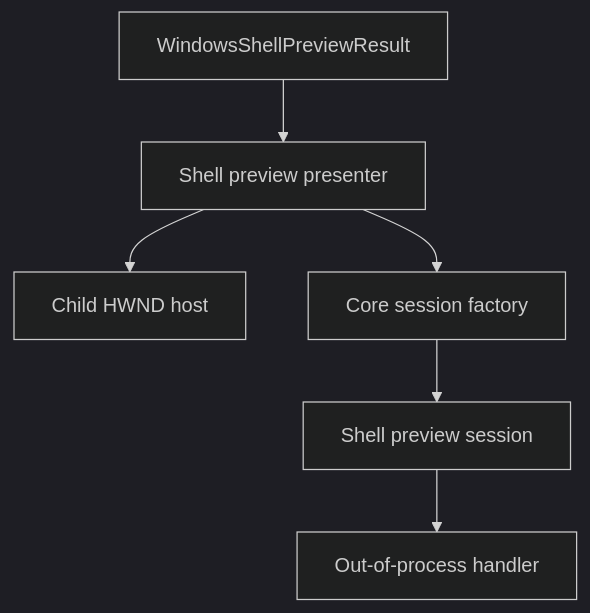
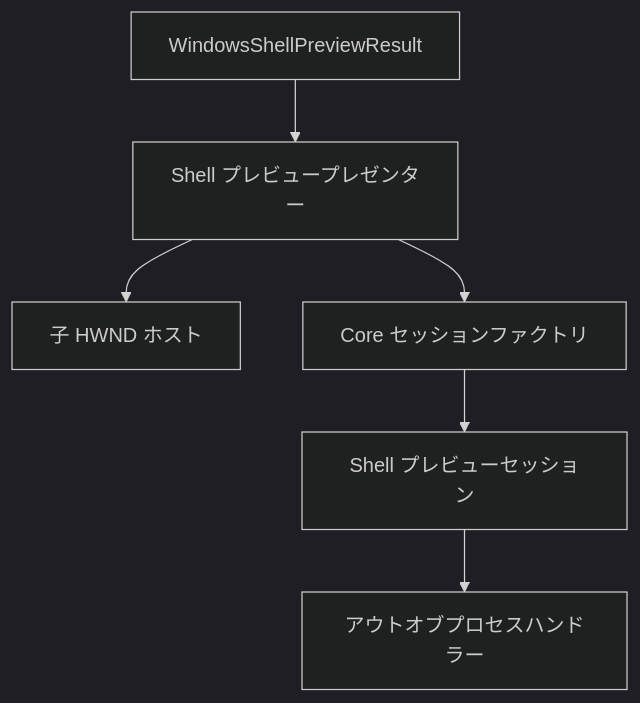
One commit to 0x5bfa/Files changed the seventh of 8 diagrams in docs/architecture/files-app.md. Above: the diagram before and after it, drawn with Mermaid (dark theme). The commit also changed other lines of this file and 18 other files, not shown here.

Commit message:
Translate architecture docs to Japanese

````diff
--- a/docs/architecture/files-app.md
+++ b/docs/architecture/files-app.md
@@ -531,15 +486,15 @@
 ```mermaid
 flowchart TD
     Snapshot["WindowsShellPreviewResult"]
-    Presenter["Shell preview presenter"]
-    Host["Child HWND host"]
-    Factory["Core session factory"]
-    Session["Shell preview session"]
-    Handler["Out-of-process handler"]
+    Presenter["Shell プレビュープレゼンター"]
+    Host["子 HWND ホスト"]
+    Factory["Core セッションファクトリ"]
+    Session["Shell プレビューセッション"]
+    Handler["アウトオブプロセスハンドラー"]
 
     Snapshot --> Presenter
     Presenter --> Host
     Presenter --> Factory
     Factory --> Session
     Session --> Handler
 ```
````
